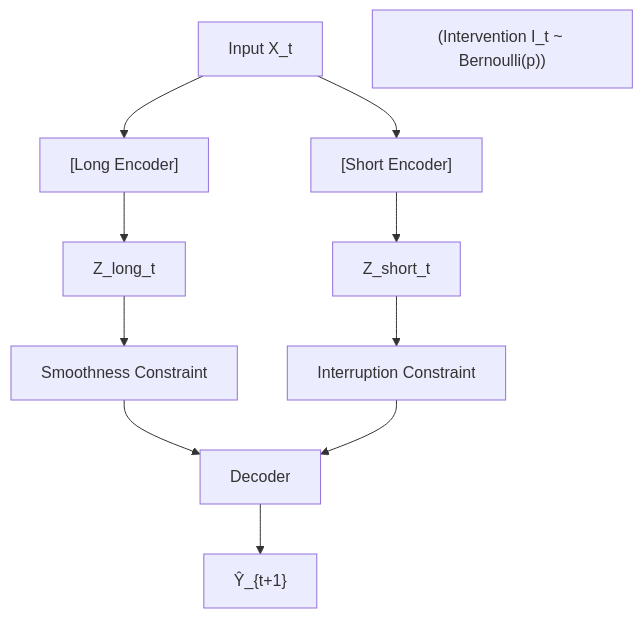
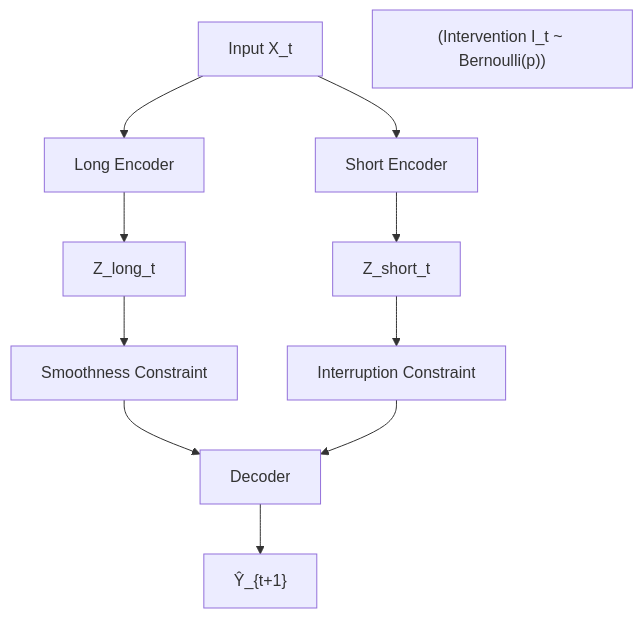
Before and after one commit to sou350121/Trading-Handbook: the diagram in foundations/time-series-forecasting/lstd.md, drawn with Mermaid. The commit also changed 191 other files, not shown here.

First line of the commit message:
render: fix math + mermaid for GitHub across the corpus (188 pages)

````diff
--- a/foundations/time-series-forecasting/lstd.md
+++ b/foundations/time-series-forecasting/lstd.md
@@ -33,13 +33,13 @@
 ```mermaid
 flowchart TD
-    A["Input X_t"] --> B["[Long Encoder]"]
+    A["Input X_t"] --> B["Long Encoder"]
     B --> C["Z_long_t"]
     C --> D["Smoothness Constraint"]
     D --> E["Decoder"]
     E --> F["Ŷ_{t+1}"]
-    A --> G["[Short Encoder]"]
+    A --> G["Short Encoder"]
     G --> H["Z_short_t"]
     H --> I["Interruption Constraint"]
     I --> E
     J["(Intervention I_t ~ Bernoulli(p))"]
 ```
````
